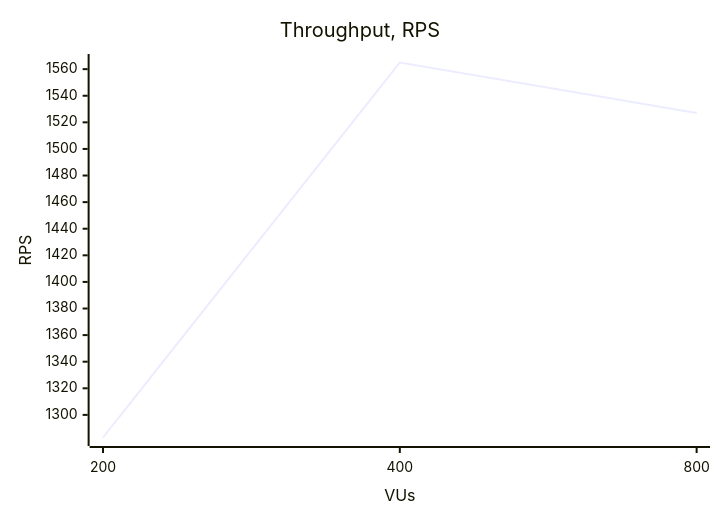
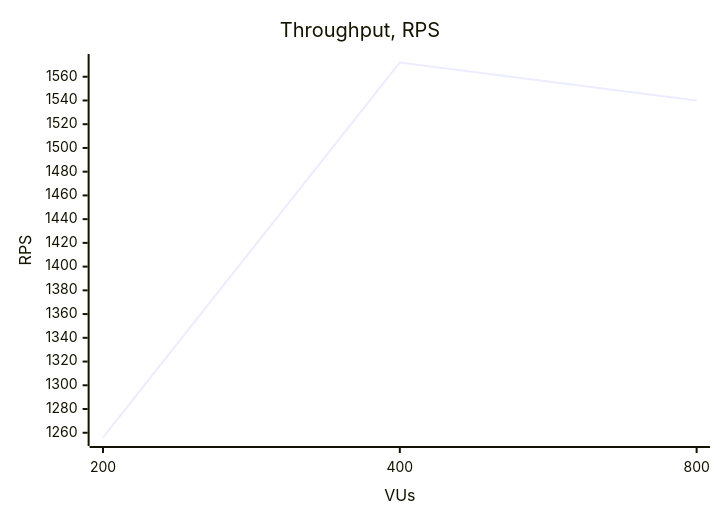
One commit to totalbyte/highload-system-practice changed diagram 14 of 21 in README.md. Above: the diagram before and after it, drawn with Mermaid. The commit also changed other lines of this file and 10 other files, not shown here.

````diff
--- a/README.md
+++ b/README.md
@@ -1593,7 +1593,7 @@
 ```mermaid
 xychart-beta
     title "Throughput, RPS"
     x-axis "VUs" [200, 400, 800]
     y-axis "RPS"
-    line [1283, 1565, 1527]
+    line [1256, 1572, 1540]
 ```
````
